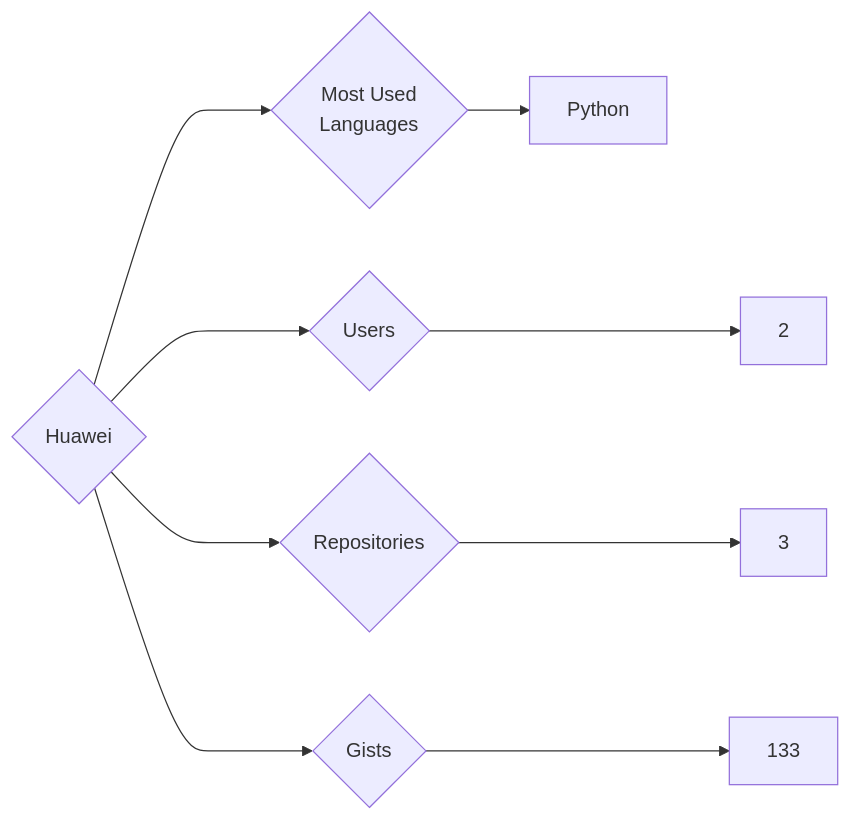
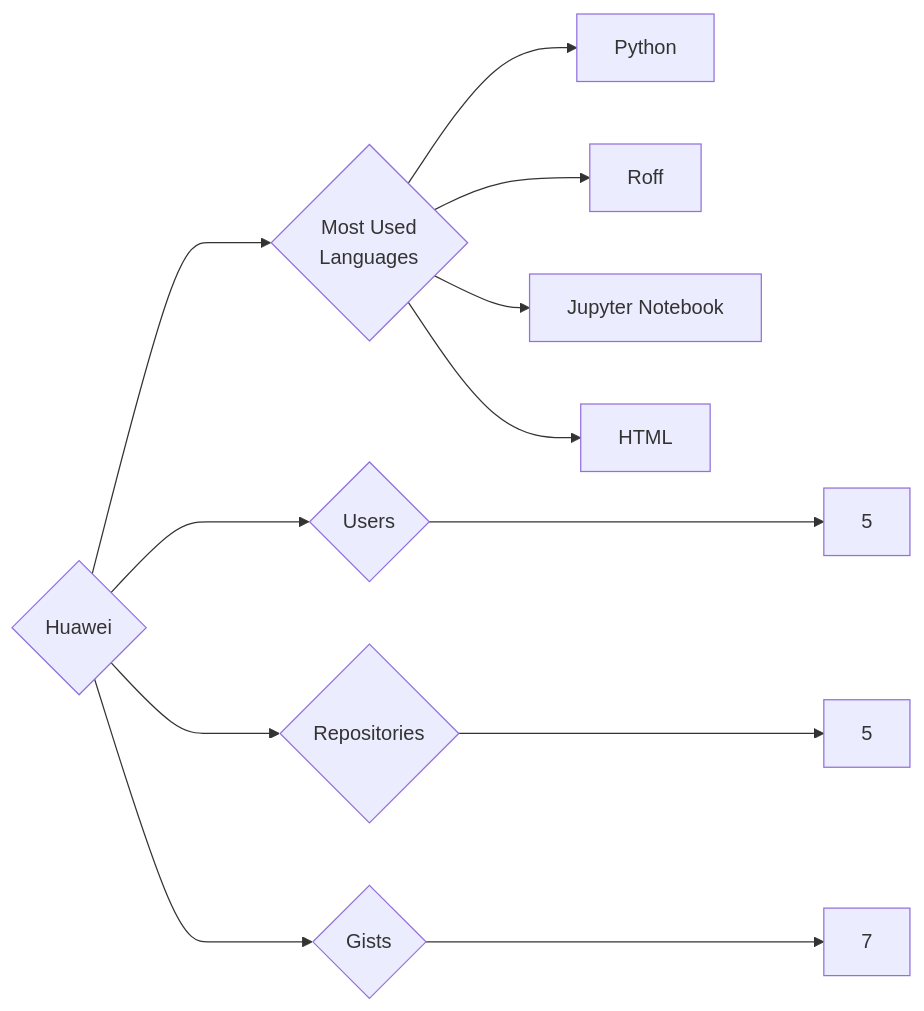
The diagram in targets/Huawei/README.md (trickest/insiders), drawn with Mermaid before and after one commit. The commit also changed 693 other files, not shown here.

````diff
--- a/targets/Huawei/README.md
+++ b/targets/Huawei/README.md
@@ -3,9 +3,12 @@
 ```mermaid
 graph LR
 COMPANY_NAME{Huawei}
-COMPANY_NAME ---> U{Users} ---> UN[2]
-COMPANY_NAME ---> R{Repositories} ---> RN[3]
-COMPANY_NAME ---> G{Gists} ---> GN[133]
+COMPANY_NAME ---> U{Users} ---> UN[5]
+COMPANY_NAME ---> R{Repositories} ---> RN[5]
+COMPANY_NAME ---> G{Gists} ---> GN[7]
 COMPANY_NAME ---> ML{Most Used<br>Languages}
 ML --> Python[Python]
+ML --> Roff[Roff]
+ML --> Jupyter_Notebook[Jupyter Notebook]
+ML --> HTML[HTML]
 ```
````
